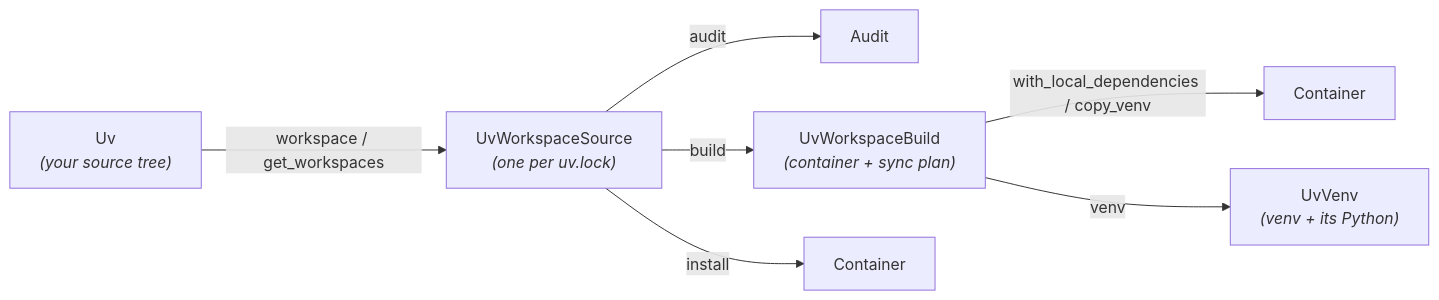
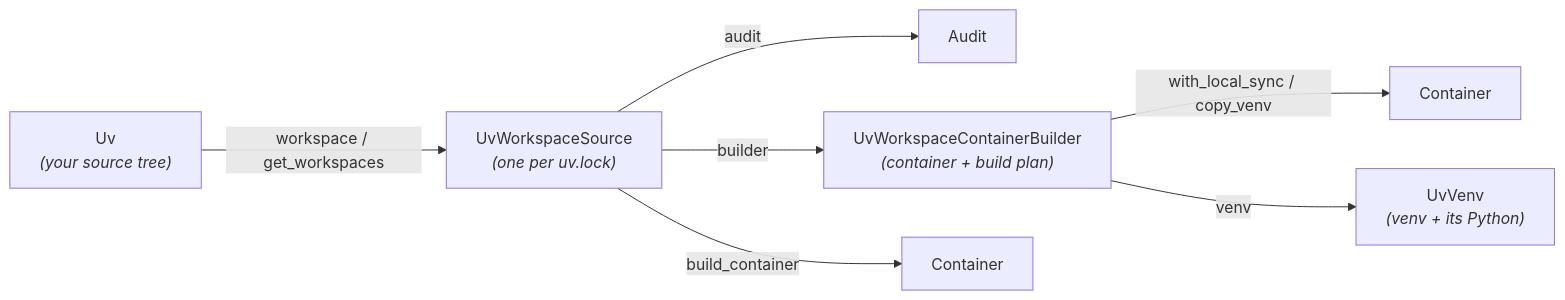
Before and after one commit to typesafe-ai/daggerverse: the diagram in uv/docs/index.md, drawn with Mermaid. The commit also changed other lines of this file and 8 other files, not shown here.

````diff
--- a/uv/docs/index.md
+++ b/uv/docs/index.md
@@ -83,9 +83,9 @@
     ```mermaid
     graph LR
       Uv["Uv<br/><i>(your source tree)</i>"] -->|workspace / get_workspaces| WS["UvWorkspaceSource<br/><i>(one per uv.lock)</i>"]
       WS -->|audit| A["Audit"]
-      WS -->|build| B["UvWorkspaceBuild<br/><i>(container + sync plan)</i>"]
-      WS -->|install| C1["Container"]
-      B -->|with_local_dependencies / copy_venv| C2["Container"]
+      WS -->|builder| B["UvWorkspaceContainerBuilder<br/><i>(container + build plan)</i>"]
+      WS -->|build_container| C1["Container"]
+      B -->|with_local_sync / copy_venv| C2["Container"]
       B -->|venv| V["UvVenv<br/><i>(venv + its Python)</i>"]
     ```
````
